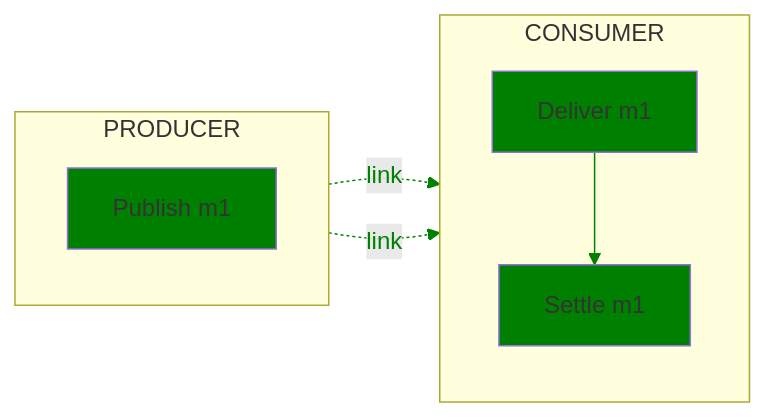
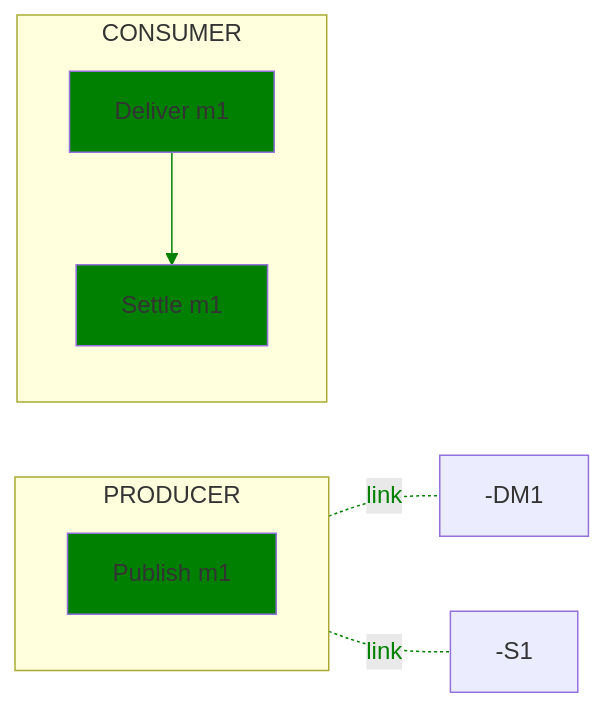
The fourth of 12 diagrams in text/trace/0220-messaging-semantic-conventions-span-structure.md (open-telemetry/oteps), drawn with Mermaid before and after one commit. The commit also changed other lines of this file, not shown here.

````diff
--- a/text/trace/0220-messaging-semantic-conventions-span-structure.md
+++ b/text/trace/0220-messaging-semantic-conventions-span-structure.md
@@ -387,17 +387,17 @@
 ```mermaid
 flowchart LR;
   subgraph PRODUCER
     direction TB
     PM1[Publish m1]
   end
   subgraph CONSUMER
     direction TB
     DM1[Deliver m1]-->S1[Settle m1]
   end
-  PM1-. link .->DM1;
-  PM1-. link .->S1;
+  PM1-. link .--DM1;
+  PM1-. link .--S1;
 
   classDef normal fill:green
   class PM1,DM1,S1 normal
   linkStyle 0,1,2 color:green,stroke:green
 ```
````
